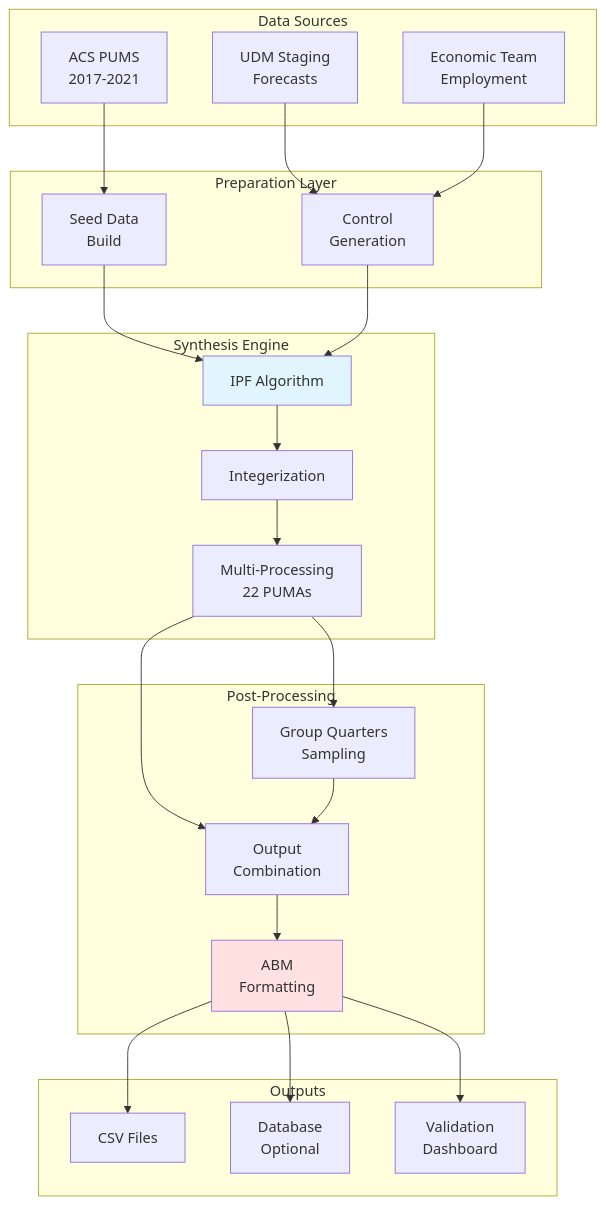
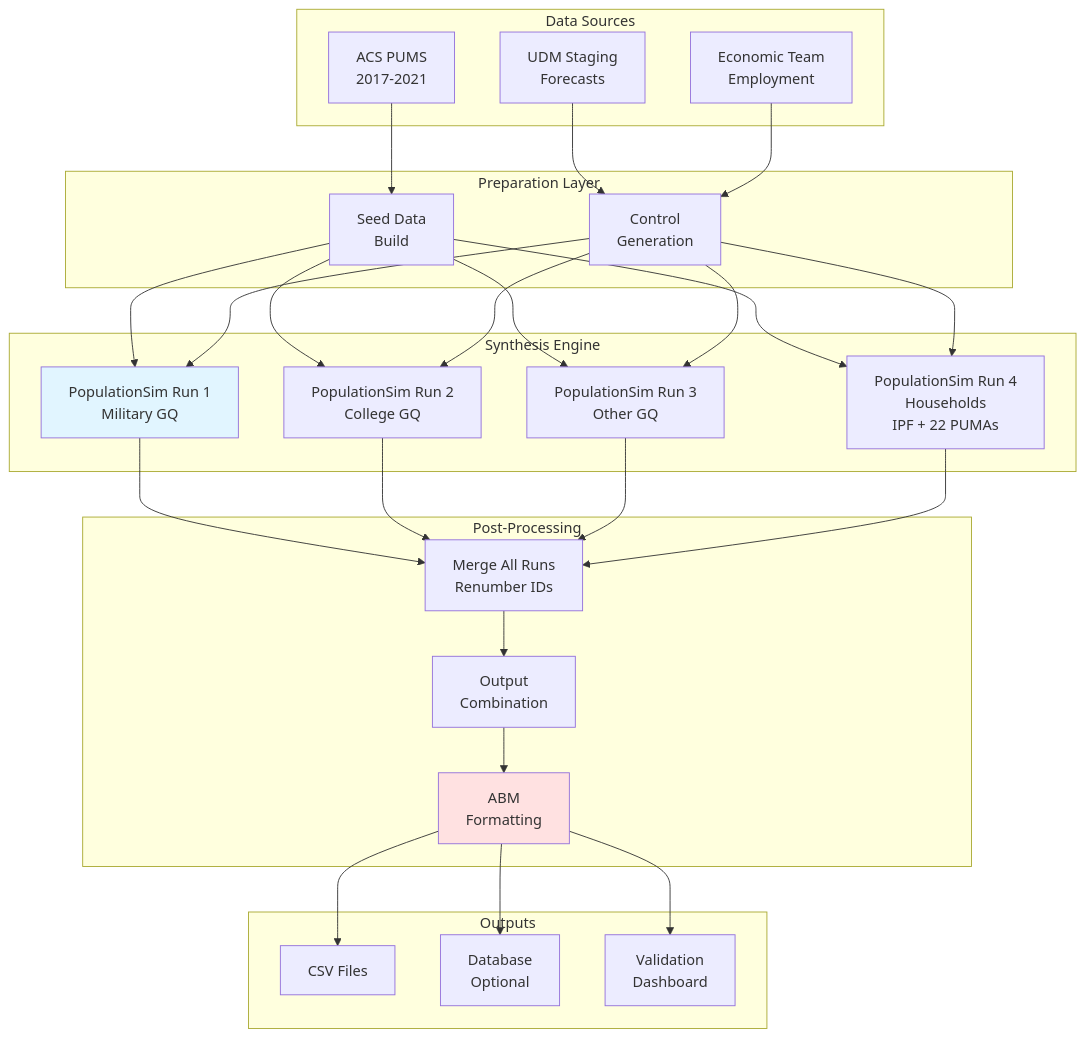
The first of 5 diagrams in wiki/System-Overview.md (SANDAG/Population-Sim), drawn with Mermaid before and after one commit. The commit also changed 4 other files, not shown here.

Commit message:
updated PopulationSim Documentation to reflect recent workflow changes

````diff
--- a/wiki/System-Overview.md
+++ b/wiki/System-Overview.md
@@ -19,48 +19,55 @@
 ```mermaid
 flowchart TD
     subgraph "Data Sources"
         A1[ACS PUMS<br/>2017-2021]
         A2[UDM Staging<br/>Forecasts]
         A3[Economic Team<br/>Employment]
     end
     
     subgraph "Preparation Layer"
         B1[Seed Data<br/>Build]
         B2[Control<br/>Generation]
         A1 --> B1
         A2 --> B2
         A3 --> B2
     end
     
     subgraph "Synthesis Engine"
-        C1[IPF Algorithm]
-        C2[Integerization]
-        C3[Multi-Processing<br/>22 PUMAs]
+        C1[PopulationSim Run 1<br/>Military GQ]
+        C2[PopulationSim Run 2<br/>College GQ]
+        C3[PopulationSim Run 3<br/>Other GQ]
+        C4[PopulationSim Run 4<br/>Households<br/>IPF + 22 PUMAs]
         B1 --> C1
+        B1 --> C2
+        B1 --> C3
+        B1 --> C4
         B2 --> C1
-        C1 --> C2
-        C2 --> C3
+        B2 --> C2
+        B2 --> C3
+        B2 --> C4
     end
     
     subgraph "Post-Processing"
-        D1[Group Quarters<br/>Sampling]
+        D1[Merge All Runs<br/>Renumber IDs]
         D2[Output<br/>Combination]
         D3[ABM<br/>Formatting]
+        C1 --> D1
+        C2 --> D1
         C3 --> D1
-        C3 --> D2
+        C4 --> D1
         D1 --> D2
         D2 --> D3
     end
     
     subgraph "Outputs"
         E1[CSV Files]
         E2[Database<br/>Optional]
         E3[Validation<br/>Dashboard]
         D3 --> E1
         D3 --> E2
         D3 --> E3
     end
     
     style C1 fill:#e1f5ff
     style D3 fill:#ffe1e1
 ```
````
